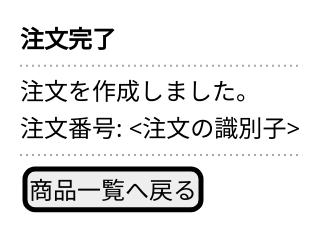
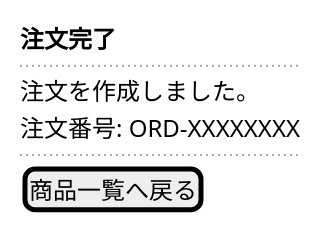
One commit to amadeus-dlc/amadeus changed the fourth of 4 diagrams in examples/03-construction-design-ready/.amadeus/intents/20260703-minimum-purchase-flow/inception/refined-mockups/mockups.md. Above: the diagram before and after it, drawn with PlantUML. The commit also changed other lines of this file and 113 other files, not shown here.

````diff
--- a/examples/03-construction-design-ready/.amadeus/intents/20260703-minimum-purchase-flow/inception/refined-mockups/mockups.md
+++ b/examples/03-construction-design-ready/.amadeus/intents/20260703-minimum-purchase-flow/inception/refined-mockups/mockups.md
@@ -104,12 +82,12 @@
 ```plantuml
 @startsalt
 {
   <b>注文完了
   ..
   注文を作成しました。
-  注文番号: <注文の識別子>
+  注文番号: ORD-XXXXXXXX
   ..
   [商品一覧へ戻る]
 }
 @endsalt
 ```
````
